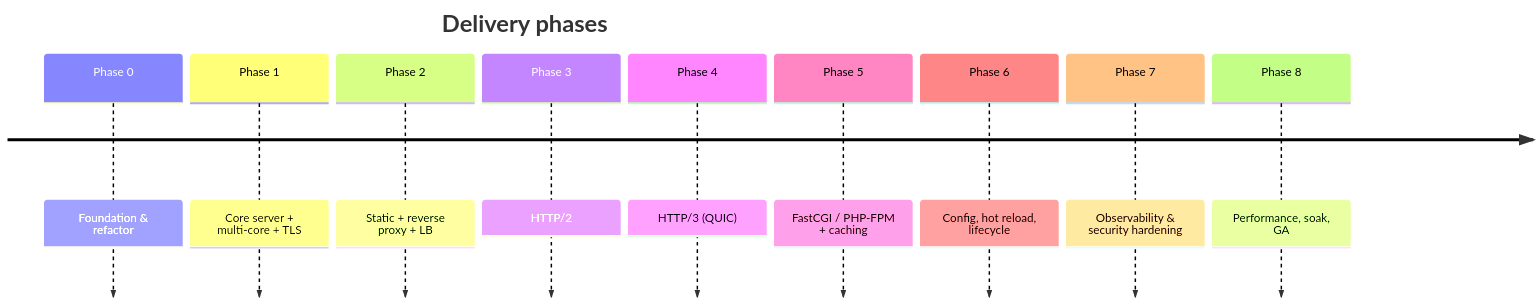
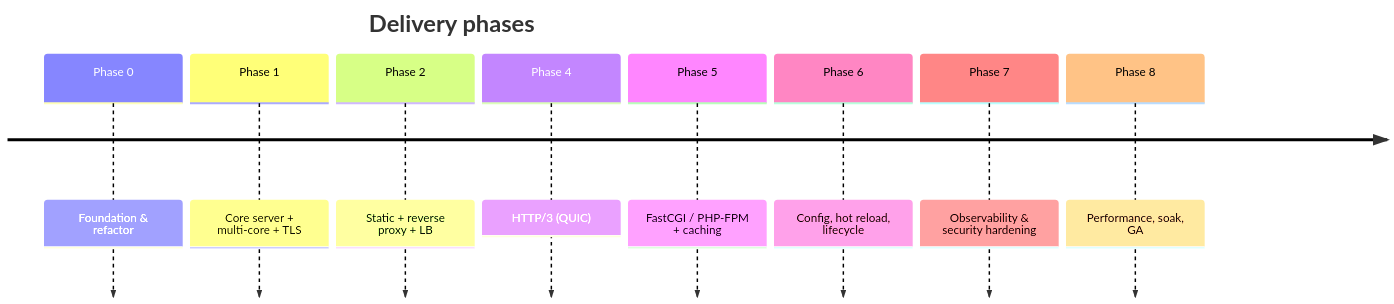
One commit to kellykinyama12-maker/dart-apache changed the diagram in docs/10-roadmap.md. Above: the diagram before and after it, drawn with Mermaid. The commit also changed other lines of this file and 13 other files, not shown here.

````diff
--- a/docs/10-roadmap.md
+++ b/docs/10-roadmap.md
@@ -7,13 +7,12 @@
 ```mermaid
 timeline
   title Delivery phases
   Phase 0 : Foundation & refactor
   Phase 1 : Core server + multi-core + TLS
   Phase 2 : Static + reverse proxy + LB
-  Phase 3 : HTTP/2
   Phase 4 : HTTP/3 (QUIC)
   Phase 5 : FastCGI / PHP-FPM + caching
   Phase 6 : Config, hot reload, lifecycle
   Phase 7 : Observability & security hardening
   Phase 8 : Performance, soak, GA
 ```
````
